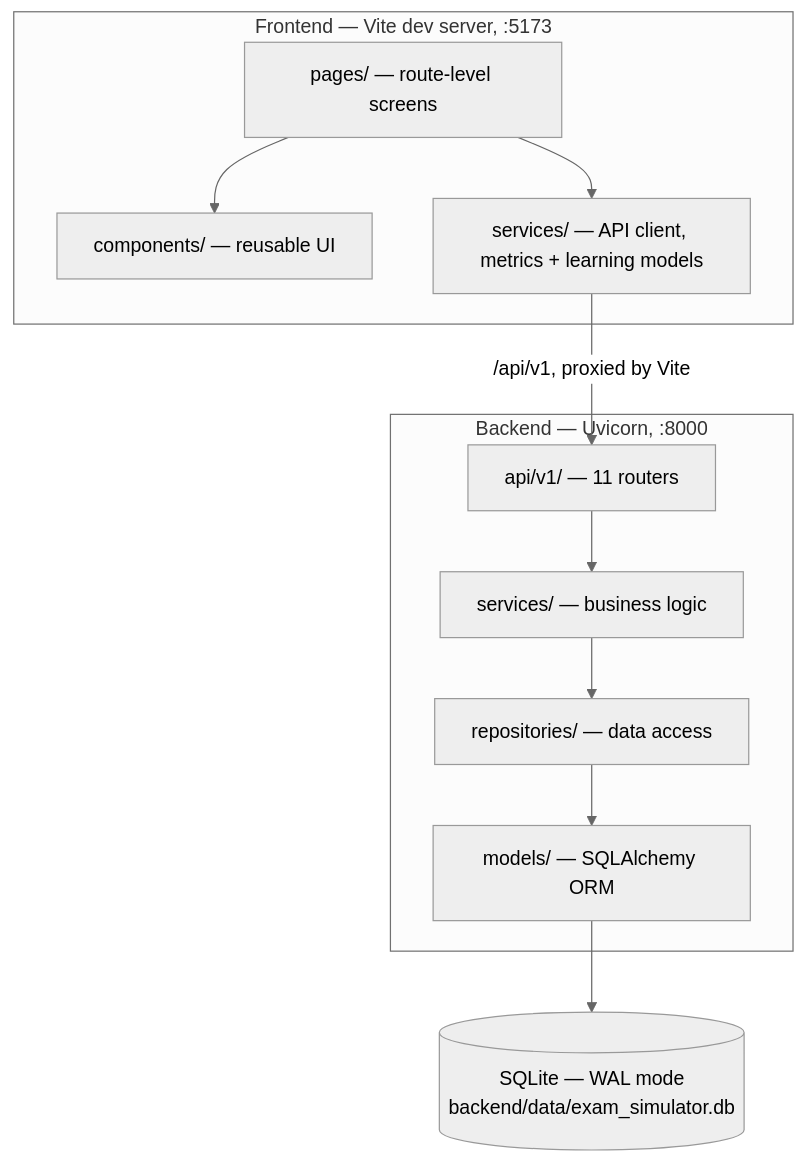
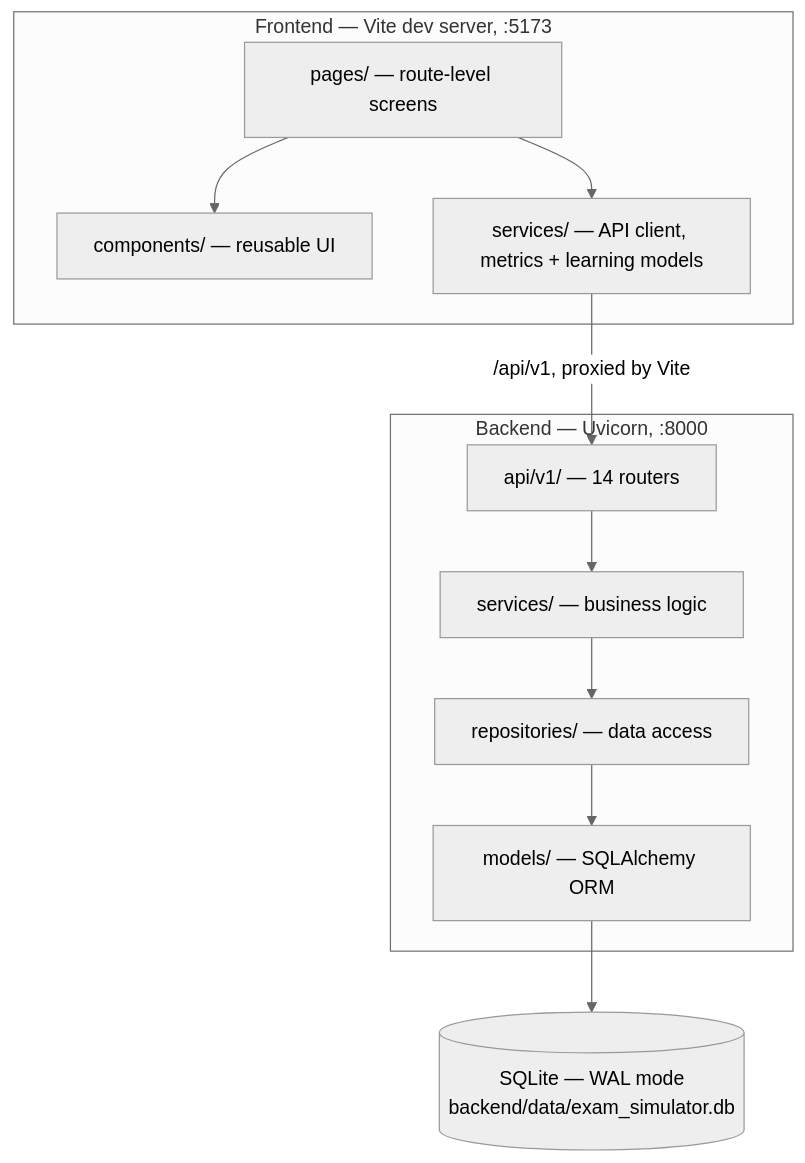
The diagram in docs/wiki/Architecture.md (getnimishk/PrepBench), drawn with Mermaid (neutral theme) before and after one commit. The commit also changed other lines of this file and 10 other files, not shown here.

````diff
--- a/docs/wiki/Architecture.md
+++ b/docs/wiki/Architecture.md
@@ -7,22 +7,22 @@
 ```mermaid
 flowchart TB
     subgraph fe["Frontend — Vite dev server, :5173"]
         PAGES["pages/ — route-level screens"]
         COMP["components/ — reusable UI"]
         SVC["services/ — API client, metrics + learning models"]
         PAGES --> COMP
         PAGES --> SVC
     end
     subgraph be["Backend — Uvicorn, :8000"]
-        API["api/v1/ — 11 routers"]
+        API["api/v1/ — 14 routers"]
         SERVICES["services/ — business logic"]
         REPOS["repositories/ — data access"]
         MODELS["models/ — SQLAlchemy ORM"]
         API --> SERVICES
         SERVICES --> REPOS
         REPOS --> MODELS
     end
     DB[("SQLite — WAL mode<br/>backend/data/exam_simulator.db")]
     SVC -->|"/api/v1, proxied by Vite"| API
     MODELS --> DB
 ```
````
